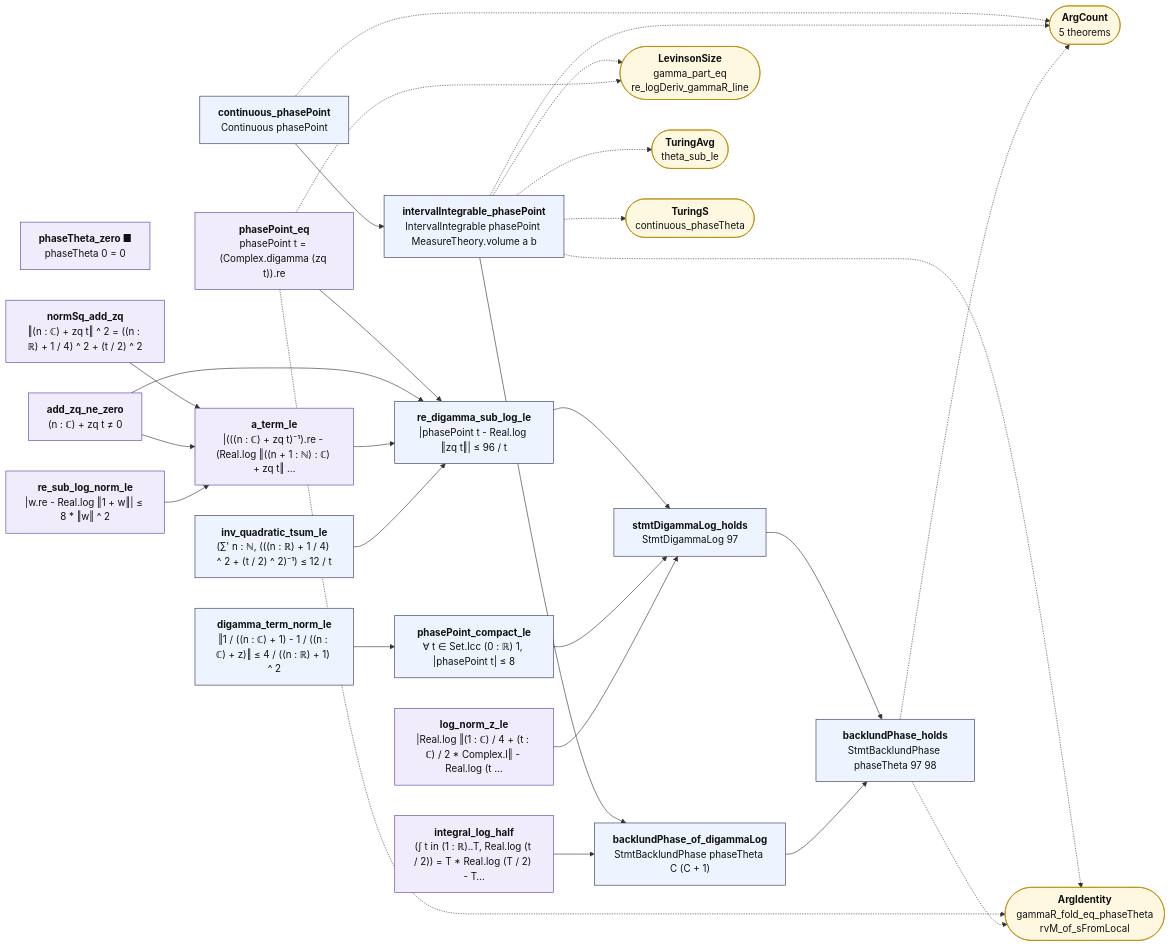
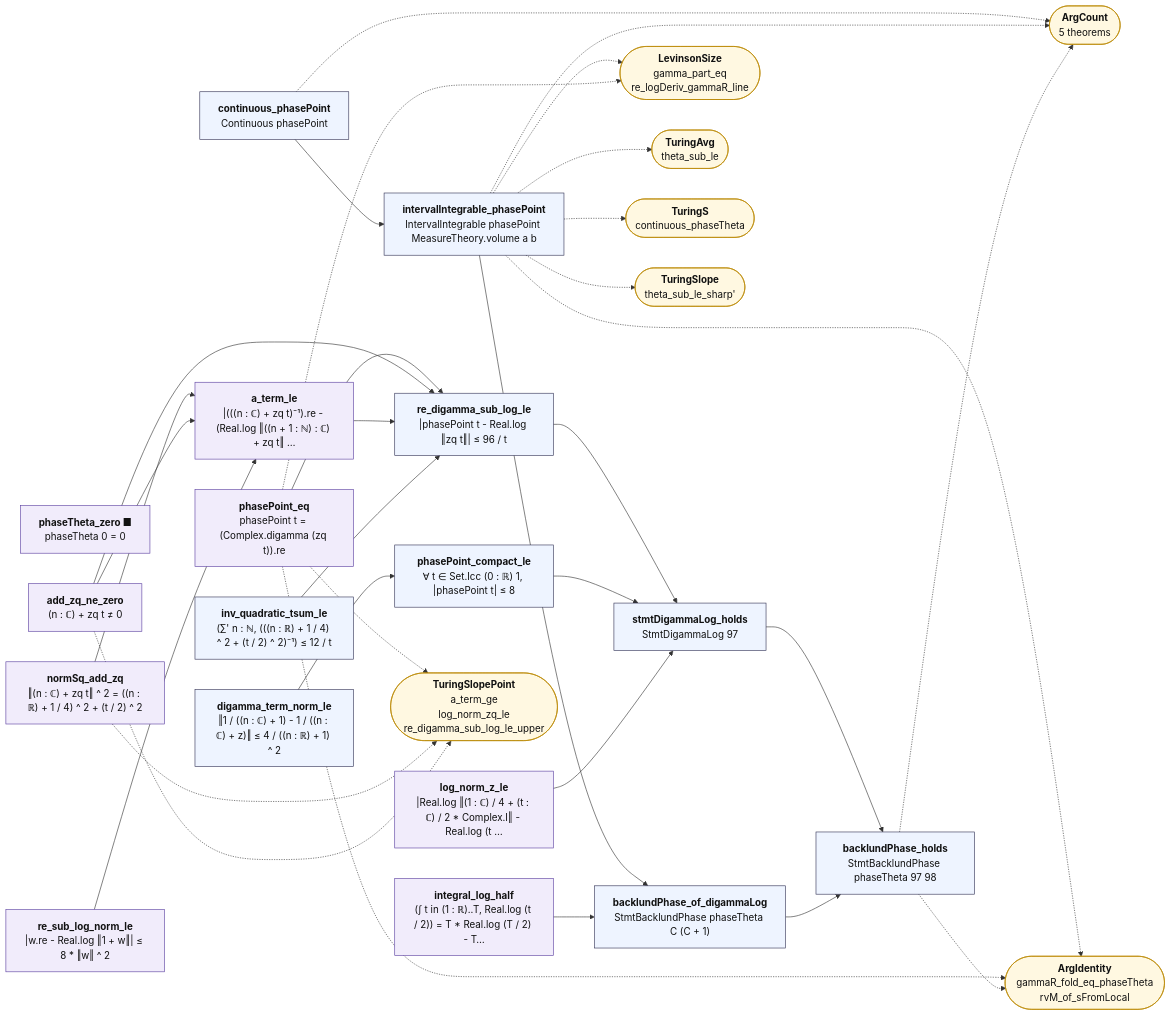
Before and after one commit to juliansambranojr/Primebeat_081426: the diagram in map/lean_stage3/Stirling.md, drawn with Mermaid. The commit also changed other lines of this file and 33 other files, not shown here.

````diff
--- a/map/lean_stage3/Stirling.md
+++ b/map/lean_stage3/Stirling.md
@@ -12,59 +12,65 @@
 ```mermaid
 flowchart LR
   n0["<b>continuous_phasePoint</b><br/>Continuous phasePoint"]:::thm
   n1["<b>intervalIntegrable_phasePoint</b><br/>IntervalIntegrable phasePoint MeasureTheory.volume a b"]:::thm
   n2["<b>phaseTheta_zero ■</b><br/>phaseTheta 0 = 0"]:::shp
   n3["<b>integral_log_half</b><br/>(∫ t in (1 : ℝ)..T, Real.log (t / 2)) = T * Real.log (T / 2) - T…"]:::shp
   n4["<b>backlundPhase_of_digammaLog</b><br/>StmtBacklundPhase phaseTheta C (C + 1)"]:::thm
   n5["<b>digamma_term_norm_le</b><br/>‖1 / ((n : ℂ) + 1) - 1 / ((n : ℂ) + z)‖ ≤ 4 / ((n : ℝ) + 1) ^ 2"]:::thm
   n6["<b>phasePoint_compact_le</b><br/>∀ t ∈ Set.Icc (0 : ℝ) 1, |phasePoint t| ≤ 8"]:::thm
   n7["<b>log_norm_z_le</b><br/>|Real.log ‖(1 : ℂ) / 4 + (t : ℂ) / 2 * Complex.I‖ - Real.log (t …"]:::shp
   n8["<b>inv_quadratic_tsum_le</b><br/>(∑' n : ℕ, (((n : ℝ) + 1 / 4) ^ 2 + (t / 2) ^ 2)⁻¹) ≤ 12 / t"]:::thm
   n9["<b>re_sub_log_norm_le</b><br/>|w.re - Real.log ‖1 + w‖| ≤ 8 * ‖w‖ ^ 2"]:::shp
   n10["<b>phasePoint_eq</b><br/>phasePoint t = (Complex.digamma (zq t)).re"]:::shp
   n11["<b>normSq_add_zq</b><br/>‖(n : ℂ) + zq t‖ ^ 2 = ((n : ℝ) + 1 / 4) ^ 2 + (t / 2) ^ 2"]:::shp
   n12["<b>add_zq_ne_zero</b><br/>(n : ℂ) + zq t ≠ 0"]:::shp
   n13["<b>a_term_le</b><br/>|(((n : ℂ) + zq t)⁻¹).re - (Real.log ‖((n + 1 : ℕ) : ℂ) + zq t‖ …"]:::shp
   n14["<b>re_digamma_sub_log_le</b><br/>|phasePoint t - Real.log ‖zq t‖| ≤ 96 / t"]:::thm
   n15["<b>stmtDigammaLog_holds</b><br/>StmtDigammaLog 97"]:::thm
   n16["<b>backlundPhase_holds</b><br/>StmtBacklundPhase phaseTheta 97 98"]:::thm
   x0(["<b>ArgCount</b><br/>5 theorems"]):::ext
   x1(["<b>ArgIdentity</b><br/>gammaR_fold_eq_phaseTheta<br/>rvM_of_sFromLocal"]):::ext
   x2(["<b>LevinsonSize</b><br/>gamma_part_eq<br/>re_logDeriv_gammaR_line"]):::ext
   x3(["<b>TuringAvg</b><br/>theta_sub_le"]):::ext
   x4(["<b>TuringS</b><br/>continuous_phaseTheta"]):::ext
+  x5(["<b>TuringSlope</b><br/>theta_sub_le_sharp'"]):::ext
+  x6(["<b>TuringSlopePoint</b><br/>a_term_ge<br/>log_norm_zq_le<br/>re_digamma_sub_log_le_upper"]):::ext
   n0 --> n1
   n1 --> n4
   n10 --> n14
   n11 --> n13
   n12 --> n13
   n12 --> n14
   n13 --> n14
   n14 --> n15
   n15 --> n16
   n3 --> n4
   n4 --> n16
   n5 --> n6
   n6 --> n15
   n7 --> n15
   n8 --> n14
   n9 --> n13
   n0 -.-> x0
   n1 -.-> x0
   n1 -.-> x1
   n1 -.-> x2
   n1 -.-> x3
   n1 -.-> x4
+  n1 -.-> x5
   n10 -.-> x1
   n10 -.-> x2
+  n10 -.-> x6
+  n11 -.-> x6
+  n12 -.-> x6
   n16 -.-> x0
   n16 -.-> x1
   classDef cnt fill:#dff5ec,stroke:#17694a,color:#111
   classDef shp fill:#f1ecfb,stroke:#5b3fa0,color:#111
   classDef rh fill:#ffe5e5,stroke:#c22,color:#111,stroke-width:2px
   classDef thm fill:#eef4ff,stroke:#335,color:#111
   classDef end_ fill:#e7f7e7,stroke:#2a7,color:#111,stroke-width:2px
   classDef lone fill:#fff,stroke:#999,color:#111,stroke-dasharray:4 3
   classDef bad fill:#ffe5e5,stroke:#c22,color:#111,stroke-width:2px
   classDef ext fill:#fff8e1,stroke:#b80,color:#111
 ```
````
